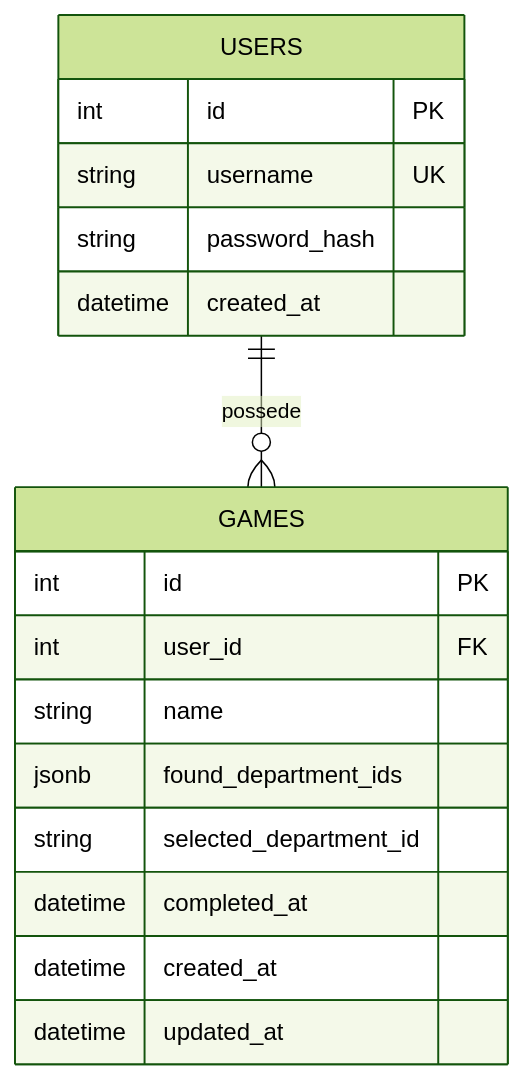
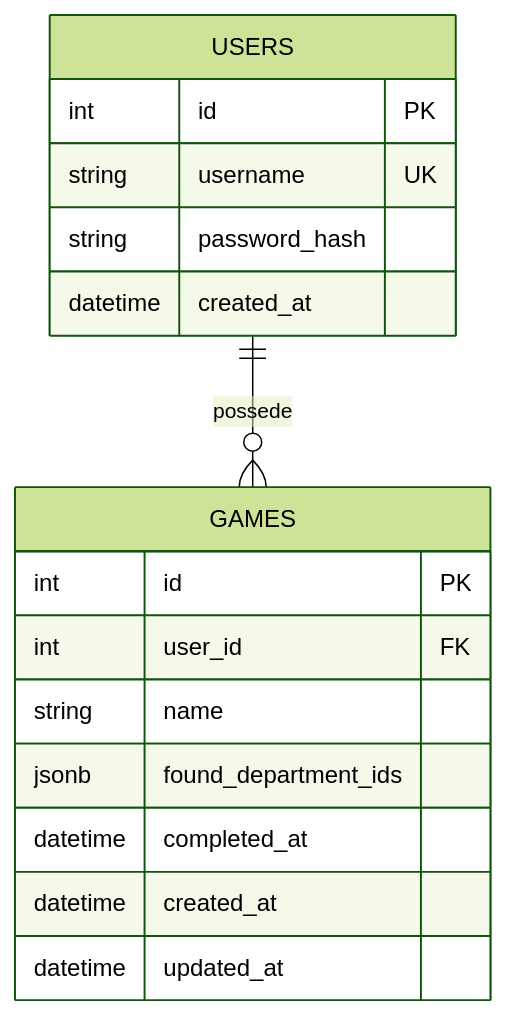
Before and after one commit to charlotteb75/departmentGuesser: the diagram in README.md, drawn with Mermaid (forest theme).

````diff
--- a/README.md
+++ b/README.md
@@ -15,22 +15,21 @@
 ```mermaid
 erDiagram
     USERS ||--o{ GAMES : "possede"
 
     USERS {
         int id PK
         string username UK
         string password_hash
         datetime created_at
     }
 
     GAMES {
         int id PK
         int user_id FK
         string name
         jsonb found_department_ids
-        string selected_department_id
         datetime completed_at
         datetime created_at
         datetime updated_at
     }
 ```
````
